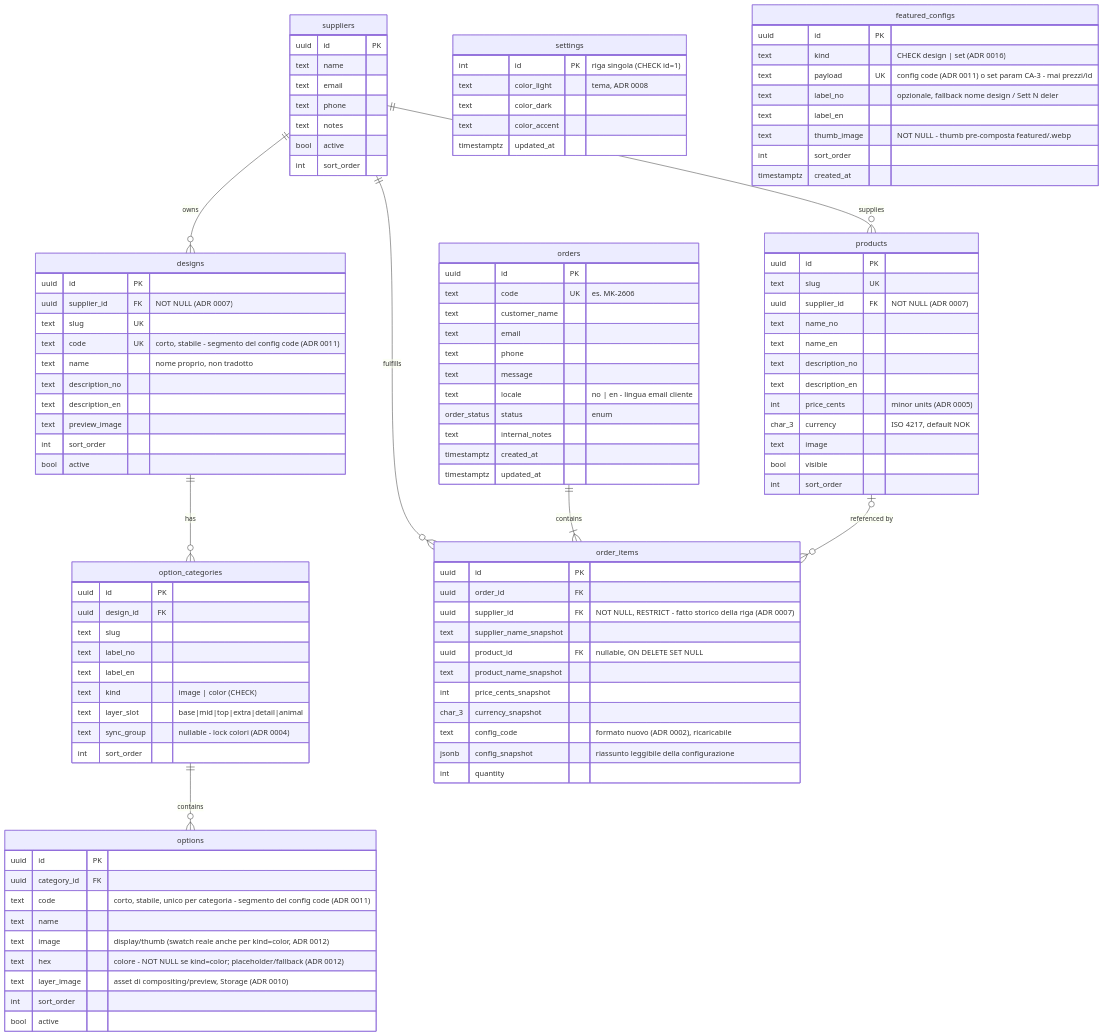
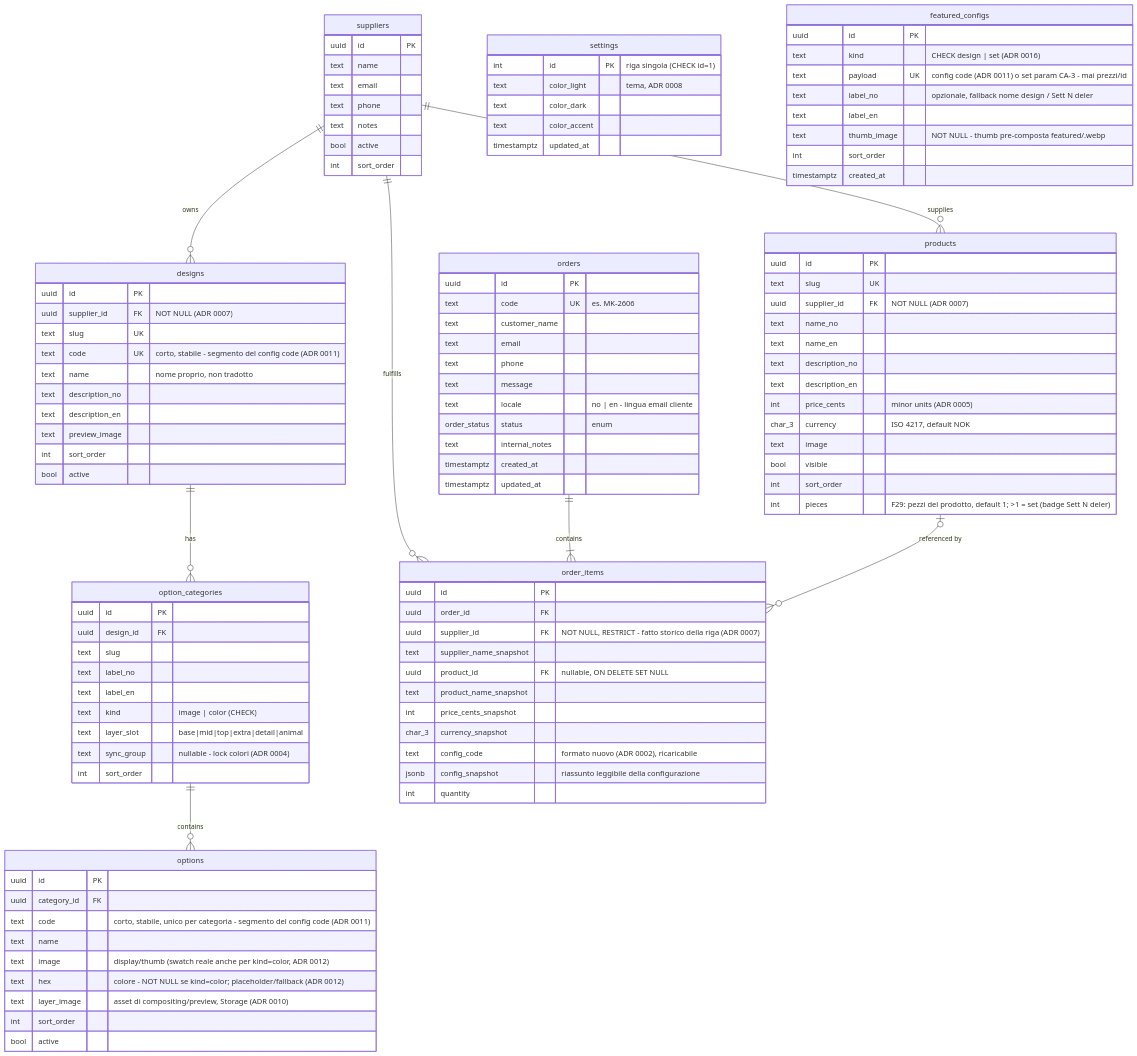
One commit to minkeramikk/minkeramikk changed the diagram in docs/adr/schema-er.md. Above: the diagram before and after it, drawn with Mermaid. The commit also changed 19 other files, not shown here.

First line of the commit message:
F29: set products recognisable at step 3 (Sett · N deler badge) (#11)

```diff
--- a/docs/adr/schema-er.md
+++ b/docs/adr/schema-er.md
@@ -95,6 +95,7 @@
         text image
         bool visible
         int sort_order
+        int pieces "F29: pezzi del prodotto, default 1; >1 = set (badge Sett N deler)"
     }
 
     orders {
```
